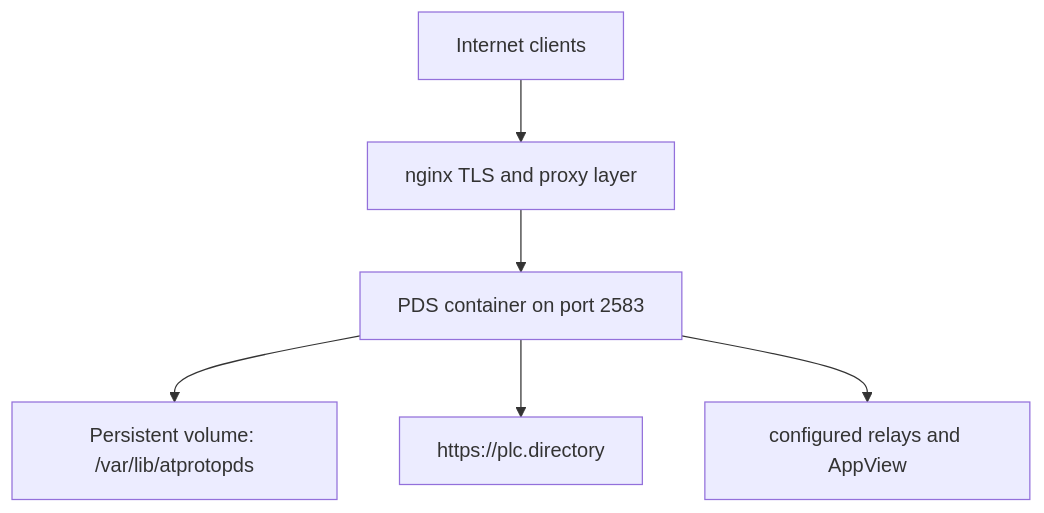
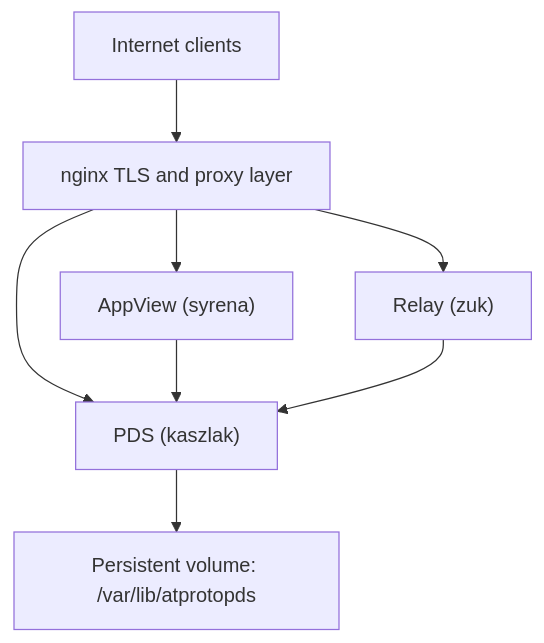
Before and after one commit to jvalinsky/garazyk: the diagram in docs/10-tutorials/tutorial-6-deployment.md, drawn with Mermaid. The commit also changed other lines of this file and 22 other files, not shown here.

````diff
--- a/docs/10-tutorials/tutorial-6-deployment.md
+++ b/docs/10-tutorials/tutorial-6-deployment.md
@@ -39,8 +39,10 @@
 ```mermaid
 flowchart TD
   Internet["Internet clients"] --> Nginx["nginx TLS and proxy layer"]
-  Nginx --> PDS["PDS container on port 2583"]
+  Nginx --> PDS["PDS (kaszlak)"]
+  Nginx --> AppView["AppView (syrena)"]
+  Nginx --> Relay["Relay (zuk)"]
   PDS --> Volume["Persistent volume: /var/lib/atprotopds"]
-  PDS --> Plc["https://plc.directory"]
-  PDS --> Relay["configured relays and AppView"]
+  AppView --> PDS
+  Relay --> PDS
 ```
````
